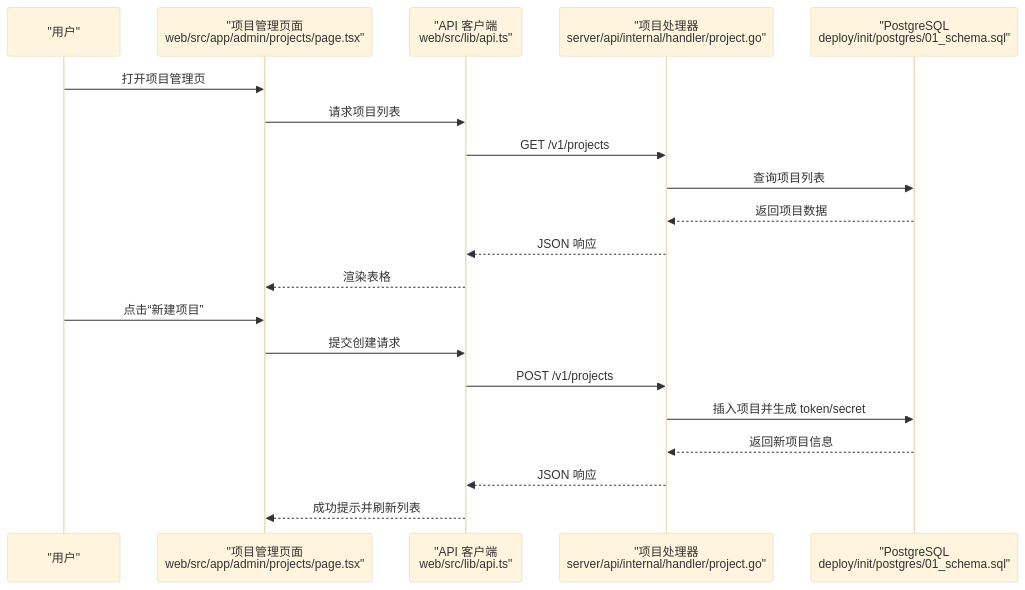
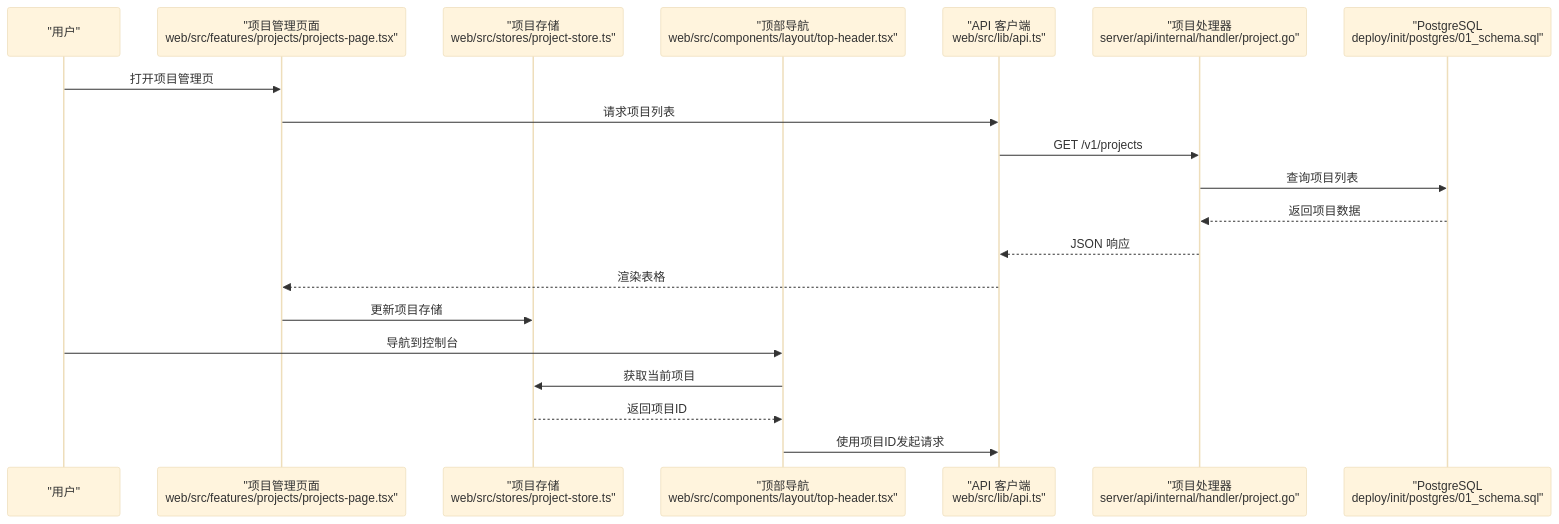
The third of 9 diagrams in .qoder/repowiki/zh/content/Web控制台/项目管理功能.md (zhen-zhong/AeroLog), drawn with Mermaid (base theme) before and after one commit. The commit also changed other lines of this file and 72 other files, not shown here.

````diff
--- a/.qoder/repowiki/zh/content/Web控制台/项目管理功能.md
+++ b/.qoder/repowiki/zh/content/Web控制台/项目管理功能.md
@@ -111,22 +202,22 @@
 ```mermaid
 sequenceDiagram
 participant U as "用户"
-participant P as "项目管理页面<br/>web/src/app/admin/projects/page.tsx"
+participant P as "项目管理页面<br/>web/src/features/projects/projects-page.tsx"
+participant PS as "项目存储<br/>web/src/stores/project-store.ts"
+participant TH as "顶部导航<br/>web/src/components/layout/top-header.tsx"
 participant A as "API 客户端<br/>web/src/lib/api.ts"
 participant H as "项目处理器<br/>server/api/internal/handler/project.go"
 participant DB as "PostgreSQL<br/>deploy/init/postgres/01_schema.sql"
 U->>P : 打开项目管理页
 P->>A : 请求项目列表
 A->>H : GET /v1/projects
 H->>DB : 查询项目列表
 DB-->>H : 返回项目数据
 H-->>A : JSON 响应
 A-->>P : 渲染表格
-U->>P : 点击“新建项目”
-P->>A : 提交创建请求
-A->>H : POST /v1/projects
-H->>DB : 插入项目并生成 token/secret
-DB-->>H : 返回新项目信息
-H-->>A : JSON 响应
-A-->>P : 成功提示并刷新列表
+P->>PS : 更新项目存储
+U->>TH : 导航到控制台
+TH->>PS : 获取当前项目
+PS-->>TH : 返回项目ID
+TH->>A : 使用项目ID发起请求
 ```
````
